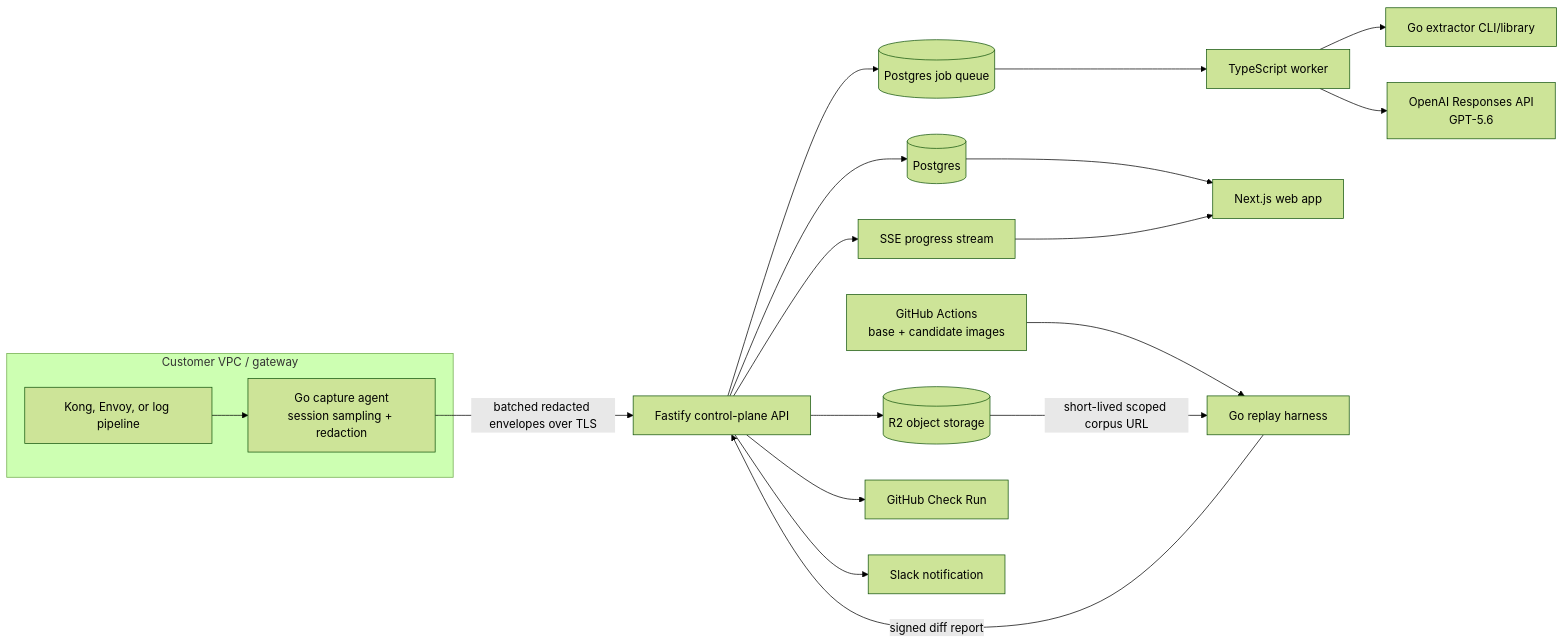
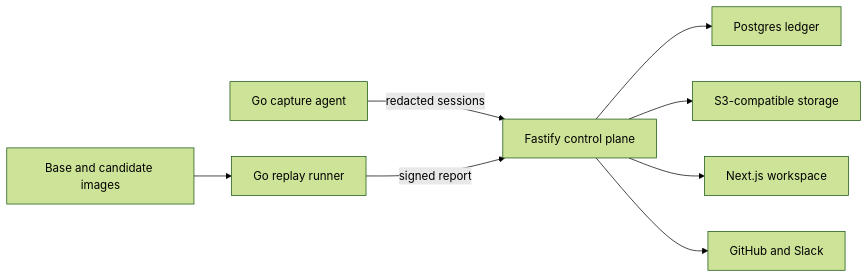
Before and after one commit to Mithun1504/hyrum: the diagram in docs/TECH_STACK.md, drawn with Mermaid (forest theme). The commit also changed other lines of this file and 12 other files, not shown here.

````diff
--- a/docs/TECH_STACK.md
+++ b/docs/TECH_STACK.md
@@ -46,20 +29,10 @@
 ```mermaid
 flowchart LR
-  subgraph Customer["Customer VPC / gateway"]
-    GW["Kong, Envoy, or log pipeline"] --> AG["Go capture agent\nsession sampling + redaction"]
-  end
-  AG -->|"batched redacted envelopes over TLS"| API["Fastify control-plane API"]
-  API --> PG[("Postgres")]
-  API --> OBJ[("R2 object storage")]
-  API --> Q[("Postgres job queue")]
-  Q --> WK["TypeScript worker"]
-  WK --> GO["Go extractor CLI/library"]
-  WK --> OAI["OpenAI Responses API\nGPT-5.6"]
-  PG --> WEB["Next.js web app"]
-  API --> SSE["SSE progress stream"] --> WEB
-  GHA["GitHub Actions\nbase + candidate images"] --> RP["Go replay harness"]
-  OBJ -->|"short-lived scoped corpus URL"| RP
-  RP -->|"signed diff report"| API
-  API --> GH["GitHub Check Run"]
-  API --> SL["Slack notification"]
+  A["Go capture agent"] -->|"redacted sessions"| B["Fastify control plane"]
+  B --> C["Postgres ledger"]
+  B --> D["S3-compatible storage"]
+  E["Base and candidate images"] --> F["Go replay runner"]
+  F -->|"signed report"| B
+  B --> G["Next.js workspace"]
+  B --> H["GitHub and Slack"]
 ```
````
